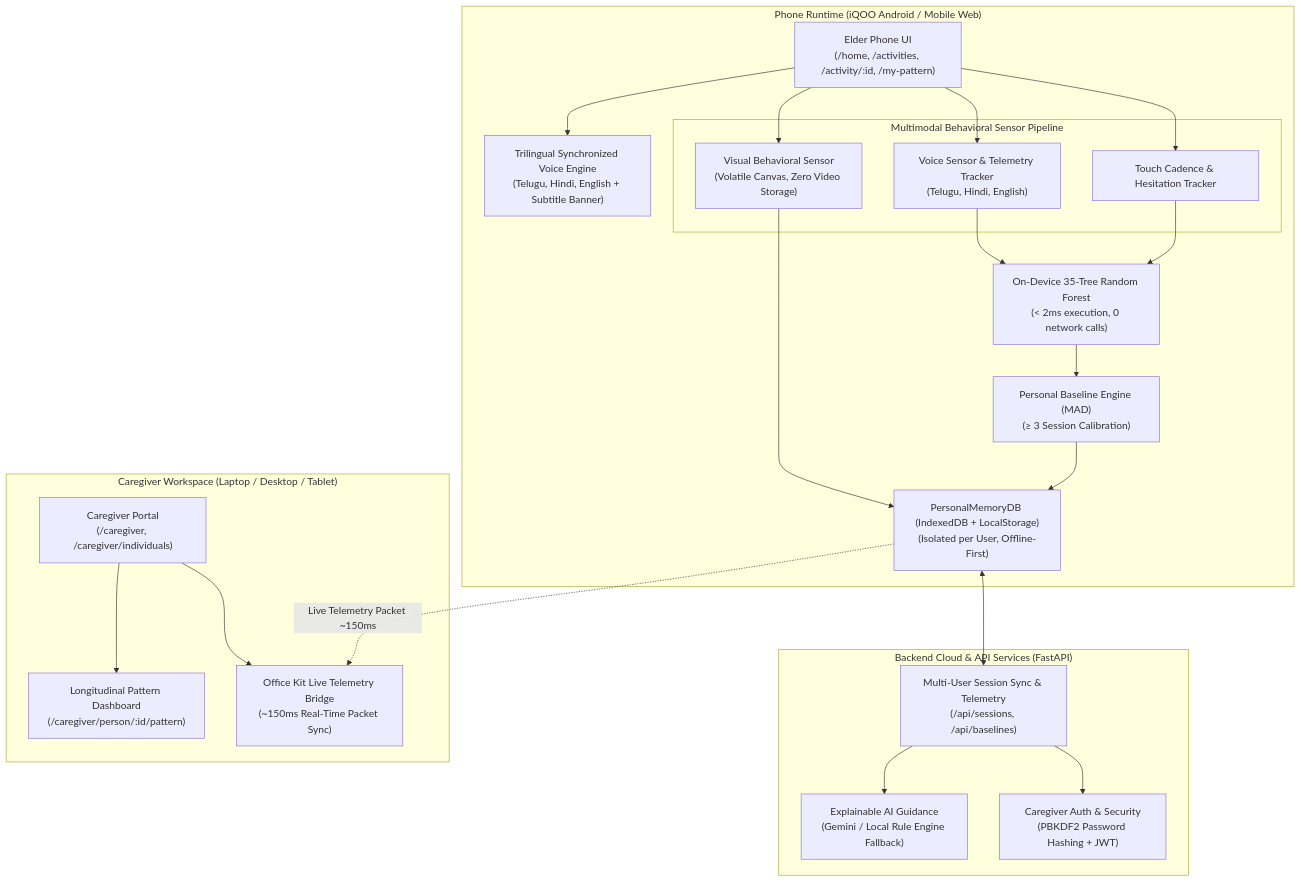
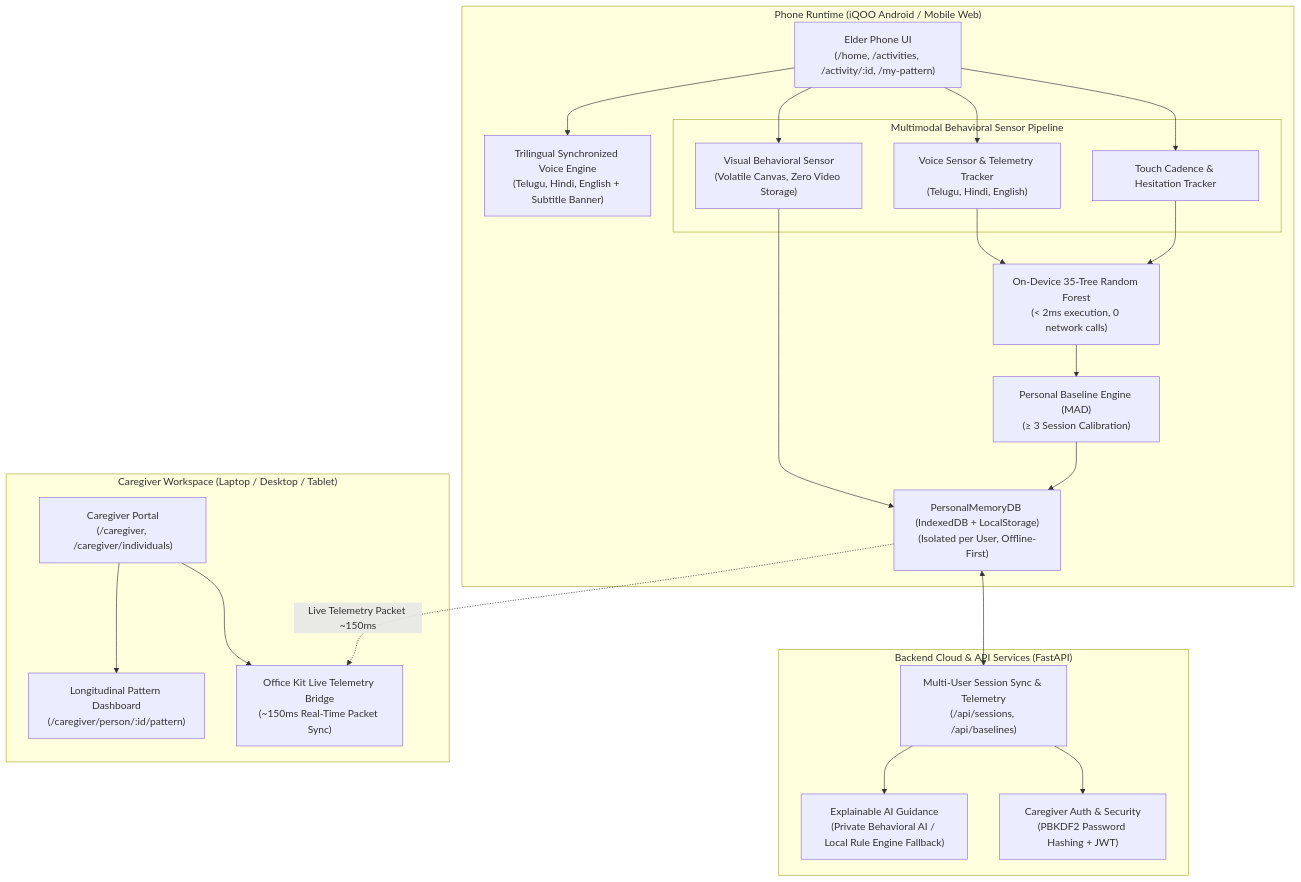
Before and after one commit to pavankarthikeyaatchyuta-lab/MindMitra2: the diagram in README.md, drawn with Mermaid. The commit also changed 6 other files, not shown here.

````diff
--- a/README.md
+++ b/README.md
@@ -70,45 +70,45 @@
 ```mermaid
 flowchart TD
     subgraph "Phone Runtime (iQOO Android / Mobile Web)"
         UI["Elder Phone UI\n(/home, /activities, /activity/:id, /my-pattern)"]
         
         subgraph "Multimodal Behavioral Sensor Pipeline"
             TouchSense["Touch Cadence & Hesitation Tracker"]
             VoiceSense["Voice Sensor & Telemetry Tracker\n(Telugu, Hindi, English)"]
             CamSense["Visual Behavioral Sensor\n(Volatile Canvas, Zero Video Storage)"]
         end
 
         LocalML["On-Device 35-Tree Random Forest\n(< 2ms execution, 0 network calls)"]
         MAD["Personal Baseline Engine (MAD)\n(≥ 3 Session Calibration)"]
         Storage["PersonalMemoryDB (IndexedDB + LocalStorage)\n(Isolated per User, Offline-First)"]
         VoiceEng["Trilingual Synchronized Voice Engine\n(Telugu, Hindi, English + Subtitle Banner)"]
     end
 
     subgraph "Caregiver Workspace (Laptop / Desktop / Tablet)"
         CaregiverUI["Caregiver Portal\n(/caregiver, /caregiver/individuals)"]
         PatternDash["Longitudinal Pattern Dashboard\n(/caregiver/person/:id/pattern)"]
         OfficeKit["Office Kit Live Telemetry Bridge\n(~150ms Real-Time Packet Sync)"]
     end
 
     subgraph "Backend Cloud & API Services (FastAPI)"
         Auth["Caregiver Auth & Security\n(PBKDF2 Password Hashing + JWT)"]
         SyncAPI["Multi-User Session Sync & Telemetry\n(/api/sessions, /api/baselines)"]
-        ExplainAPI["Explainable AI Guidance\n(Gemini / Local Rule Engine Fallback)"]
+        ExplainAPI["Explainable AI Guidance\n(Private Behavioral AI / Local Rule Engine Fallback)"]
     end
 
     UI --> TouchSense
     UI --> VoiceSense
     UI --> CamSense
     TouchSense --> LocalML
     VoiceSense --> LocalML
     CamSense --> Storage
     LocalML --> MAD
     MAD --> Storage
     UI --> VoiceEng
     Storage <--> SyncAPI
     SyncAPI --> Auth
     SyncAPI --> ExplainAPI
     Storage -.->|Live Telemetry Packet ~150ms| OfficeKit
     CaregiverUI --> OfficeKit
     CaregiverUI --> PatternDash
 ```
````
